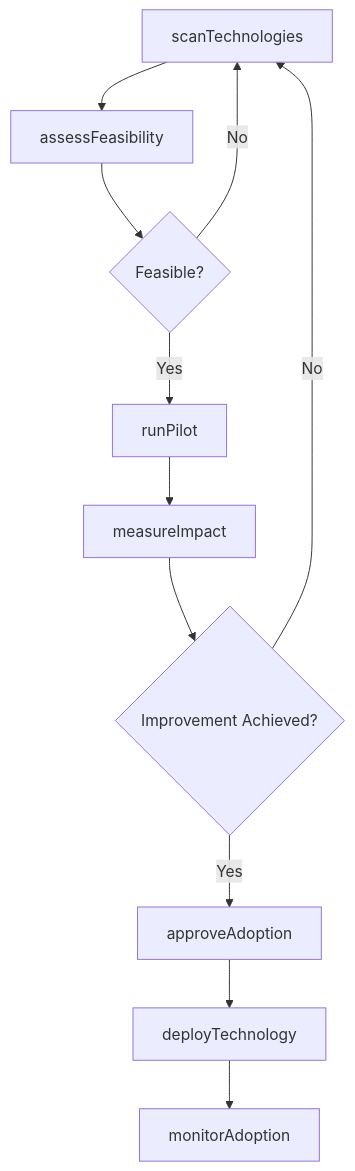
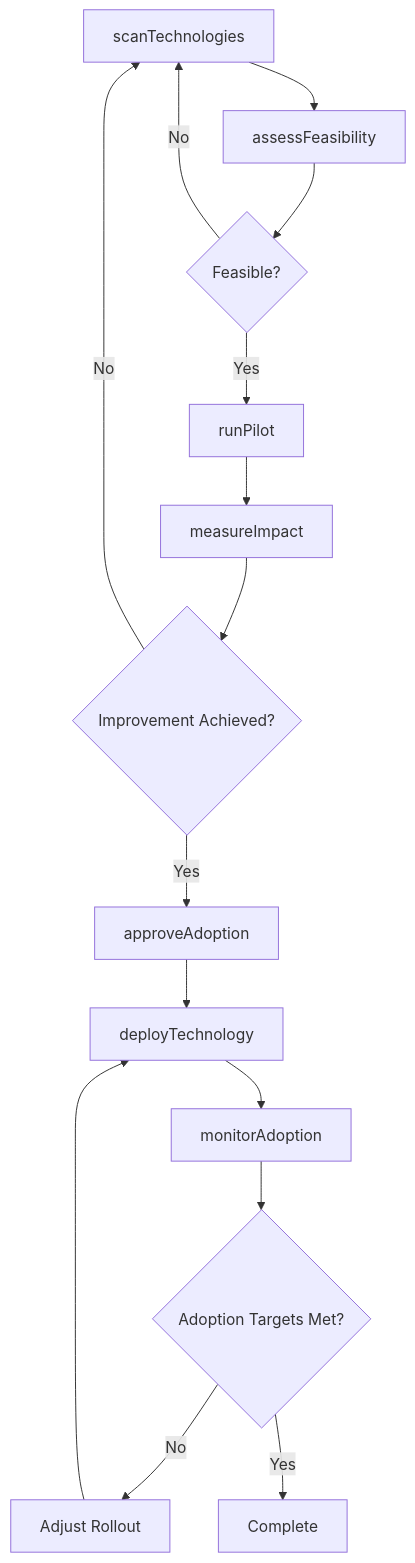
Before and after one commit to dot-org-ai/tasks.org.ai: the third of 4 diagrams in MakingDecisionsAndSolvingProblems/ImplementProceduresOrProcesses/ApplyNewTechnologiesImproveWork.mdx, drawn with Mermaid. The commit also changed other lines of this file and 266 other files, not shown here.

First line of the commit message:
feat: Add ER diagrams, state diagrams to wave 2 batch (251 DWA files)

````diff
--- a/MakingDecisionsAndSolvingProblems/ImplementProceduresOrProcesses/ApplyNewTechnologiesImproveWork.mdx
+++ b/MakingDecisionsAndSolvingProblems/ImplementProceduresOrProcesses/ApplyNewTechnologiesImproveWork.mdx
@@ -86,13 +115,17 @@
 ```mermaid
 graph TD
     A[scanTechnologies] --> B[assessFeasibility]
     B --> C{Feasible?}
     C -->|Yes| D[runPilot]
     C -->|No| A
     D --> E[measureImpact]
     E --> F{Improvement Achieved?}
     F -->|Yes| G[approveAdoption]
     F -->|No| A
     G --> H[deployTechnology]
     H --> I[monitorAdoption]
+    I --> J{Adoption Targets Met?}
+    J -->|No| K[Adjust Rollout]
+    K --> H
+    J -->|Yes| L[Complete]
 ```
````
